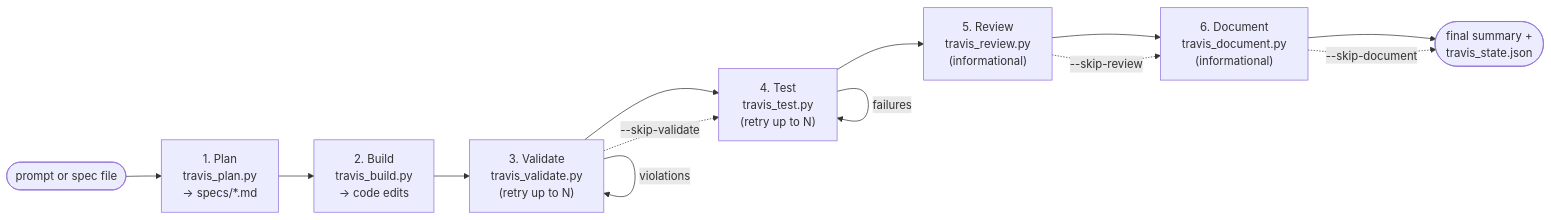
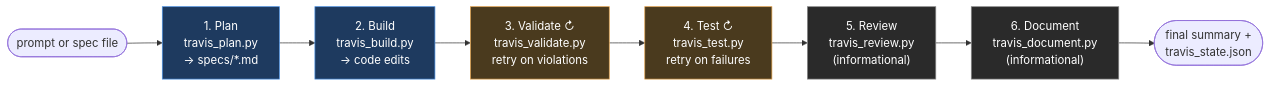
One commit to travism26/claude_code_agent_templates changed the third of 5 diagrams in .adw/ARCHITECTURE.md. Above: the diagram before and after it, drawn with Mermaid. The commit also changed other lines of this file, not shown here.

````diff
--- a/.adw/ARCHITECTURE.md
+++ b/.adw/ARCHITECTURE.md
@@ -83,20 +83,20 @@
 ```mermaid
 flowchart LR
     Start([prompt or spec file])
     Plan["1. Plan<br/>travis_plan.py<br/>→ specs/*.md"]
     Build["2. Build<br/>travis_build.py<br/>→ code edits"]
-    Validate["3. Validate<br/>travis_validate.py<br/>(retry up to N)"]
-    Test["4. Test<br/>travis_test.py<br/>(retry up to N)"]
+    Validate["3. Validate ↻<br/>travis_validate.py<br/>retry on violations"]
+    Test["4. Test ↻<br/>travis_test.py<br/>retry on failures"]
     Review["5. Review<br/>travis_review.py<br/>(informational)"]
     Document["6. Document<br/>travis_document.py<br/>(informational)"]
     Done([final summary +<br/>travis_state.json])
 
     Start --> Plan --> Build --> Validate --> Test --> Review --> Document --> Done
 
-    Validate -. --skip-validate .-> Test
-    Review -. --skip-review .-> Document
-    Document -. --skip-document .-> Done
-
-    Validate -- violations --> Validate
-    Test -- failures --> Test
+    classDef required fill:#1e3a5f,stroke:#4a90e2,color:#fff
+    classDef retry fill:#4a3a1e,stroke:#e2a04a,color:#fff
+    classDef info fill:#2a2a2a,stroke:#888,color:#fff
+    class Plan,Build required
+    class Validate,Test retry
+    class Review,Document info
 ```
````
